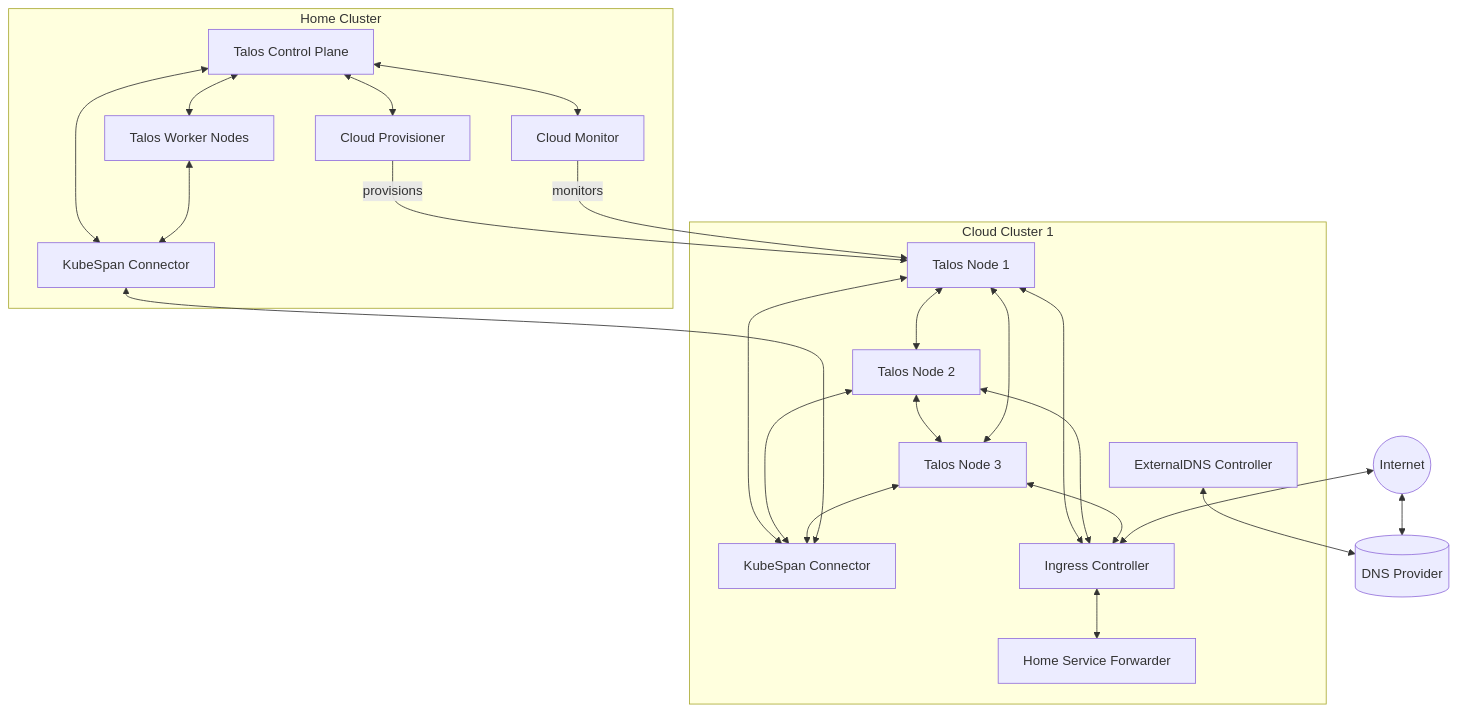
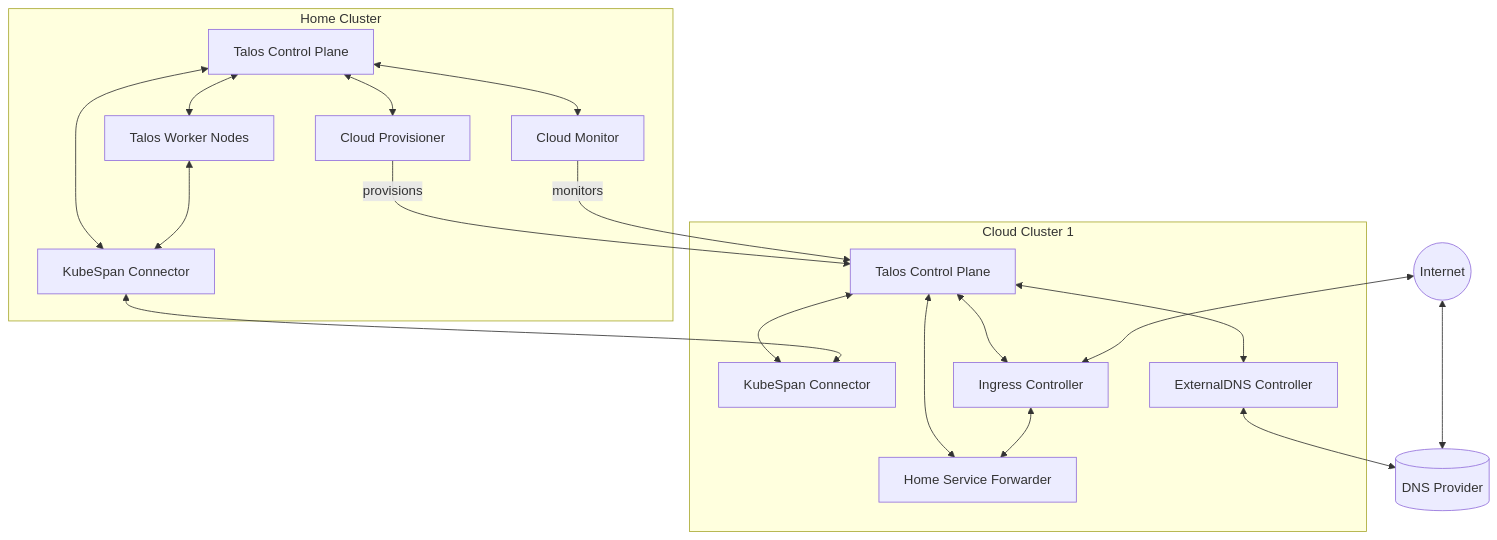
Before and after one commit to picotechllc/talos-autoextender: the diagram in README.md, drawn with Mermaid. The commit also changed other lines of this file, not shown here.

Commit message:
docs: Refine README.md architecture diagram to consolidate Talos nodes into a single control plane
- Updated the architecture diagram to represent a single "Talos Control Plane" instead of multiple nodes.
- Simplified internal connections and clarified component interactions within Cloud Cluster 1.

````diff
--- a/README.md
+++ b/README.md
@@ -86,52 +86,45 @@
 ```mermaid
 graph TD
     subgraph "Home Cluster"
         H1[Talos Control Plane]
         H2[Talos Worker Nodes]
         KS1[KubeSpan Connector]
         CP[Cloud Provisioner]
         CM[Cloud Monitor]
     end
 
     subgraph "Cloud Cluster 1"
-        C1N1[Talos Node 1]
-        C1N2[Talos Node 2]
-        C1N3[Talos Node 3]
+        C1[Talos Control Plane]
         KS2[KubeSpan Connector]
         IC[Ingress Controller]
         HF[Home Service Forwarder]
         ED[ExternalDNS Controller]
     end
 
     DNS[(DNS Provider)]
     Internet((Internet))
 
     %% Home cluster connections
     H1 <--> H2
     H1 <--> KS1
     H2 <--> KS1
     H1 <--> CP
     H1 <--> CM
 
     %% Cloud cluster internal connections
-    C1N1 <--> C1N2
-    C1N2 <--> C1N3
-    C1N3 <--> C1N1
-    C1N1 <--> KS2
-    C1N2 <--> KS2
-    C1N3 <--> KS2
-    C1N1 <--> IC
-    C1N2 <--> IC
-    C1N3 <--> IC
+    C1 <--> KS2
+    C1 <--> IC
+    C1 <--> HF
+    C1 <--> ED
     IC <--> HF
     ED <--> DNS
 
     %% Cross-cluster connections
     KS1 <--> KS2
-    CP -- "provisions" --> C1N1
-    CM -- "monitors" --> C1N1
+    CP -- "provisions" --> C1
+    CM -- "monitors" --> C1
     
     %% External connections
     Internet <--> IC
     Internet <--> DNS
 ```
````
